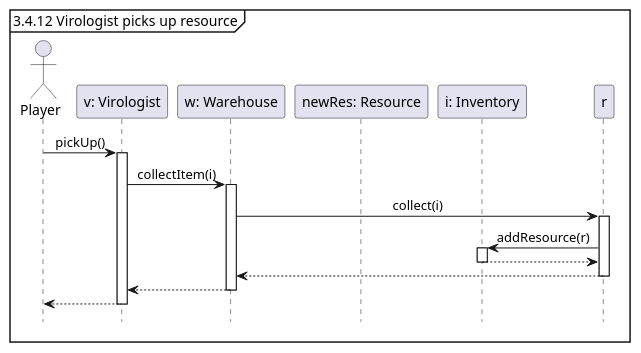
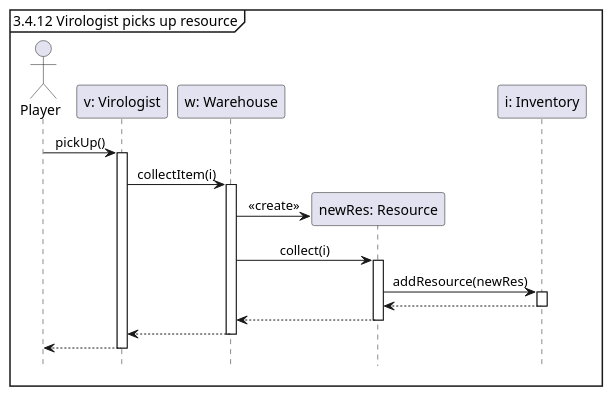
The diagram in docs/seqDiagrams/10_3pickUpResource.puml (Tschonti/503-service-unavailable), drawn with PlantUML before and after one commit. The commit also changed 10 other files, not shown here.

```diff
--- a/docs/seqDiagrams/10_3pickUpResource.puml
+++ b/docs/seqDiagrams/10_3pickUpResource.puml
@@ -1,24 +1,25 @@
 @startuml
 'https://plantuml.com/sequence-diagram
 
 hide footbox
 skinparam sequenceMessageAlign center
 
 mainframe 3.4.12 Virologist picks up resource
 
 actor Player as p
 participant "v: Virologist" as v
 participant "w: Warehouse" as w
 participant "newRes: Resource" as newRes
 participant "i: Inventory" as i
 
 p -> v ++ : pickUp()
     v -> w ++ : collectItem(i)
-        w -> r ++ : collect(i)
-            r -> i ++ : addResource(r)
+        w -> newRes ** : <<create>>
+        w -> newRes ++ : collect(i)
+            newRes -> i ++ : addResource(newRes)
             return
         return
     return
 return
 
 @enduml
```
